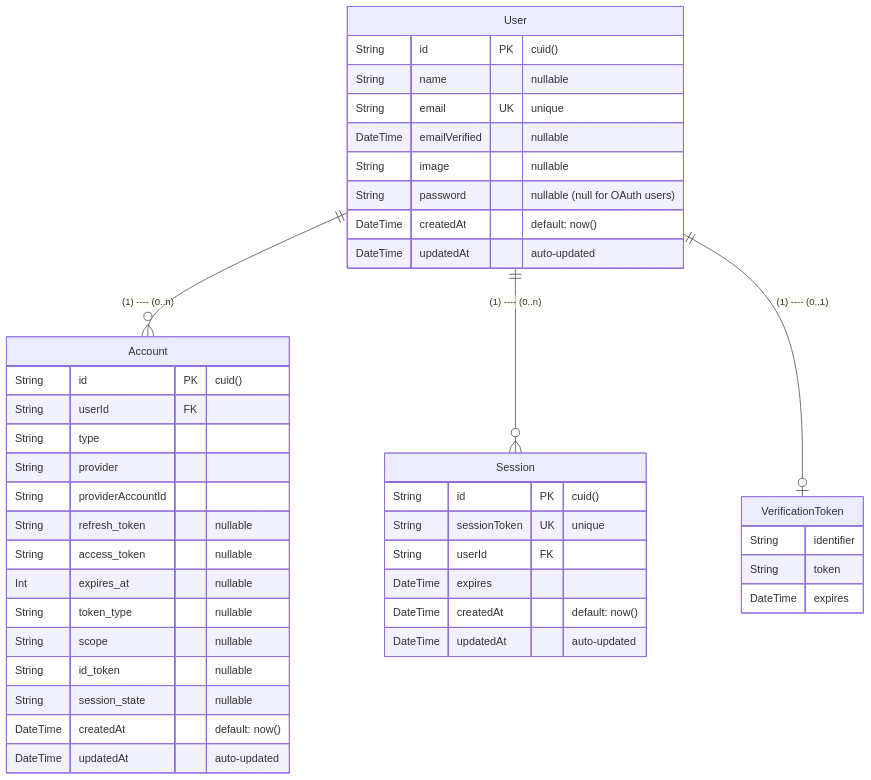
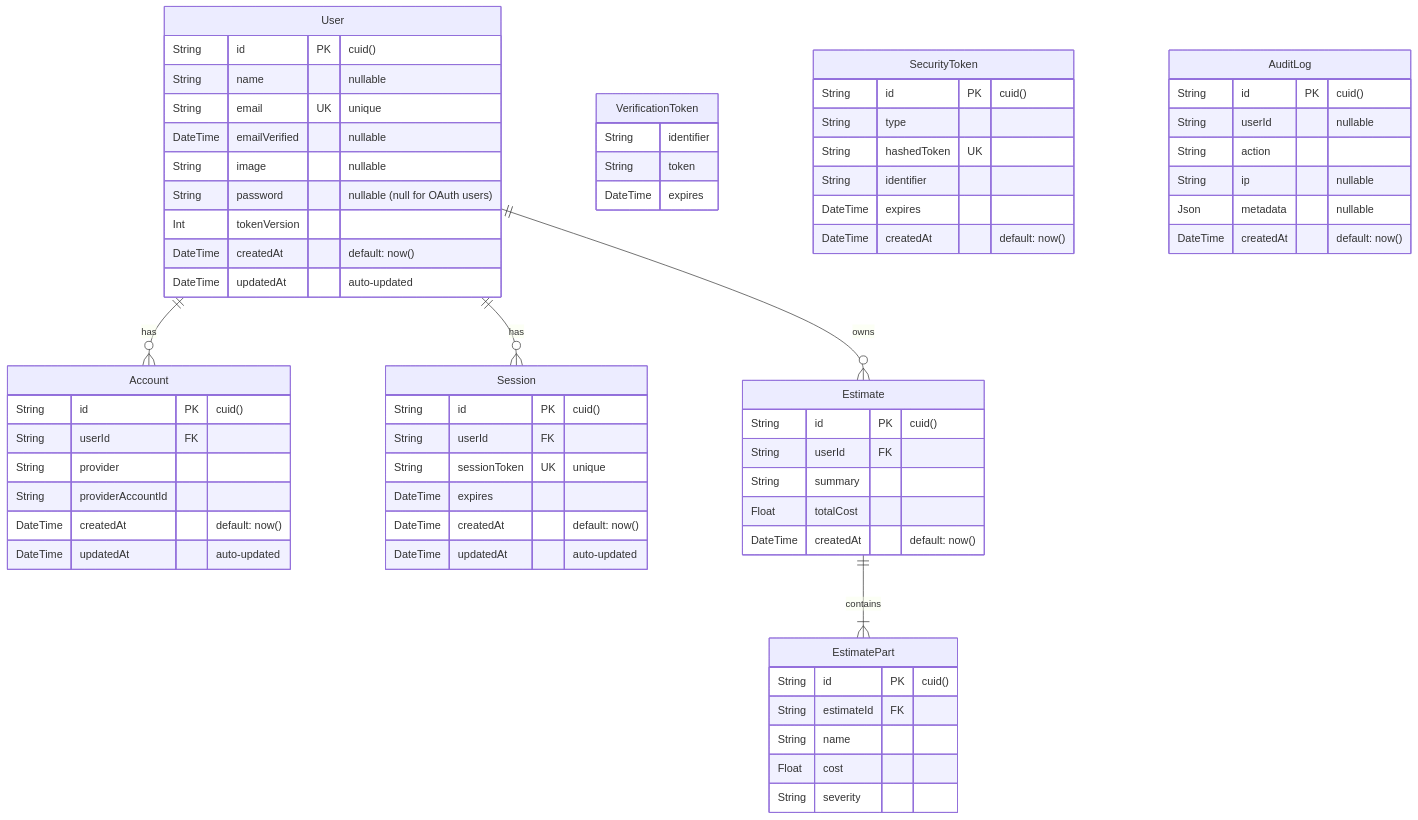
The diagram in docs/diagrams/dev/code/database-schema.mmd (Rounatto/InsureVisionApp), drawn with Mermaid before and after one commit. The commit also changed 23 other files, not shown here.

```diff
--- a/docs/diagrams/dev/code/database-schema.mmd
+++ b/docs/diagrams/dev/code/database-schema.mmd
@@ -1,47 +1,75 @@
 erDiagram
     User {
         String id PK "cuid()"
         String name "nullable"
         String email UK "unique"
         DateTime emailVerified "nullable"
         String image "nullable"
         String password "nullable (null for OAuth users)"
+        Int tokenVersion
         DateTime createdAt "default: now()"
         DateTime updatedAt "auto-updated"
     }
 
     Account {
         String id PK "cuid()"
         String userId FK
-        String type
         String provider
         String providerAccountId
-        String refresh_token "nullable"
-        String access_token "nullable"
-        Int expires_at "nullable"
-        String token_type "nullable"
-        String scope "nullable"
-        String id_token "nullable"
-        String session_state "nullable"
         DateTime createdAt "default: now()"
         DateTime updatedAt "auto-updated"
     }
 
     Session {
         String id PK "cuid()"
+        String userId FK
         String sessionToken UK "unique"
-        String userId FK
         DateTime expires
         DateTime createdAt "default: now()"
         DateTime updatedAt "auto-updated"
     }
 
     VerificationToken {
         String identifier
         String token
         DateTime expires
     }
 
-    User ||--o{ Account : "(1) ---- (0..n)"
-    User ||--o{ Session : "(1) ---- (0..n)"
-    User ||--o| VerificationToken : "(1) ---- (0..1)"
+    SecurityToken {
+        String id PK "cuid()"
+        String type
+        String hashedToken UK
+        String identifier
+        DateTime expires
+        DateTime createdAt "default: now()"
+    }
+
+    AuditLog {
+        String id PK "cuid()"
+        String userId "nullable"
+        String action
+        String ip "nullable"
+        Json metadata "nullable"
+        DateTime createdAt "default: now()"
+    }
+
+    Estimate {
+        String id PK "cuid()"
+        String userId FK
+        String summary
+        Float totalCost
+        DateTime createdAt "default: now()"
+    }
+
+    EstimatePart {
+        String id PK "cuid()"
+        String estimateId FK
+        String name
+        Float cost
+        String severity
+    }
+
+    User ||--o{ Account : has
+    User ||--o{ Session : has
+    User ||--o{ Estimate : owns
+    Estimate ||--|{ EstimatePart : contains
```
